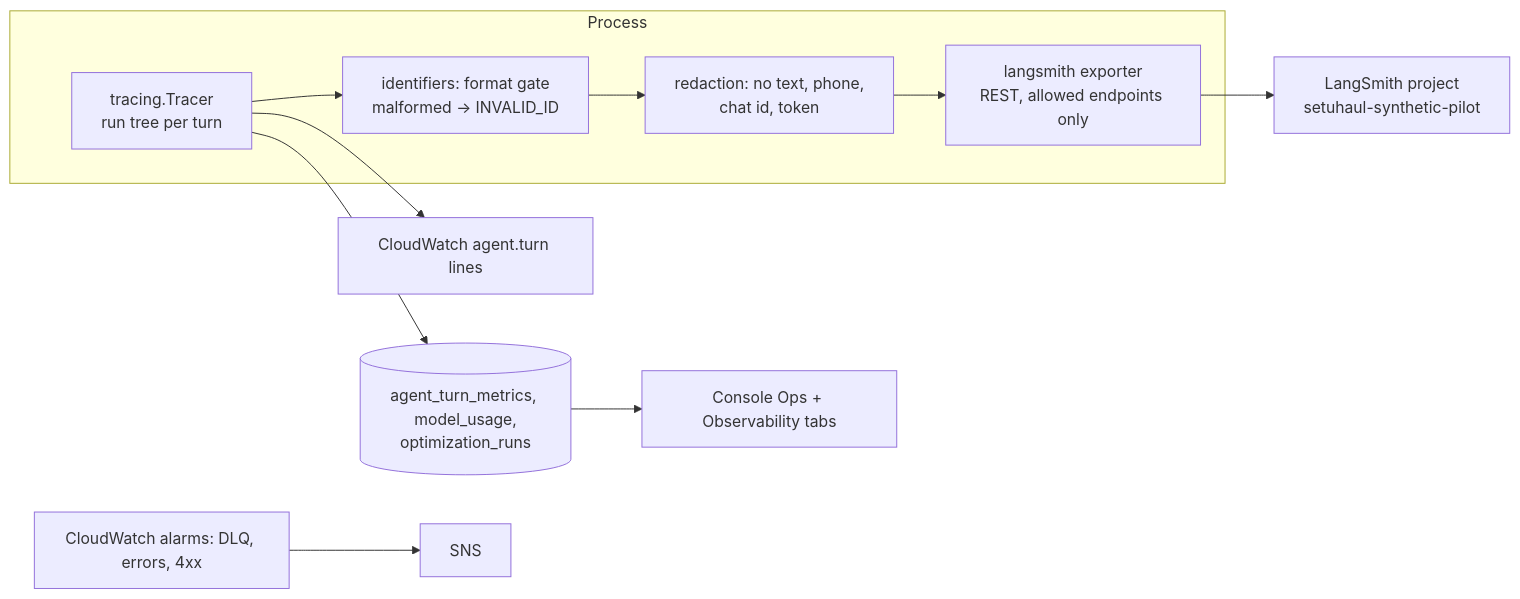
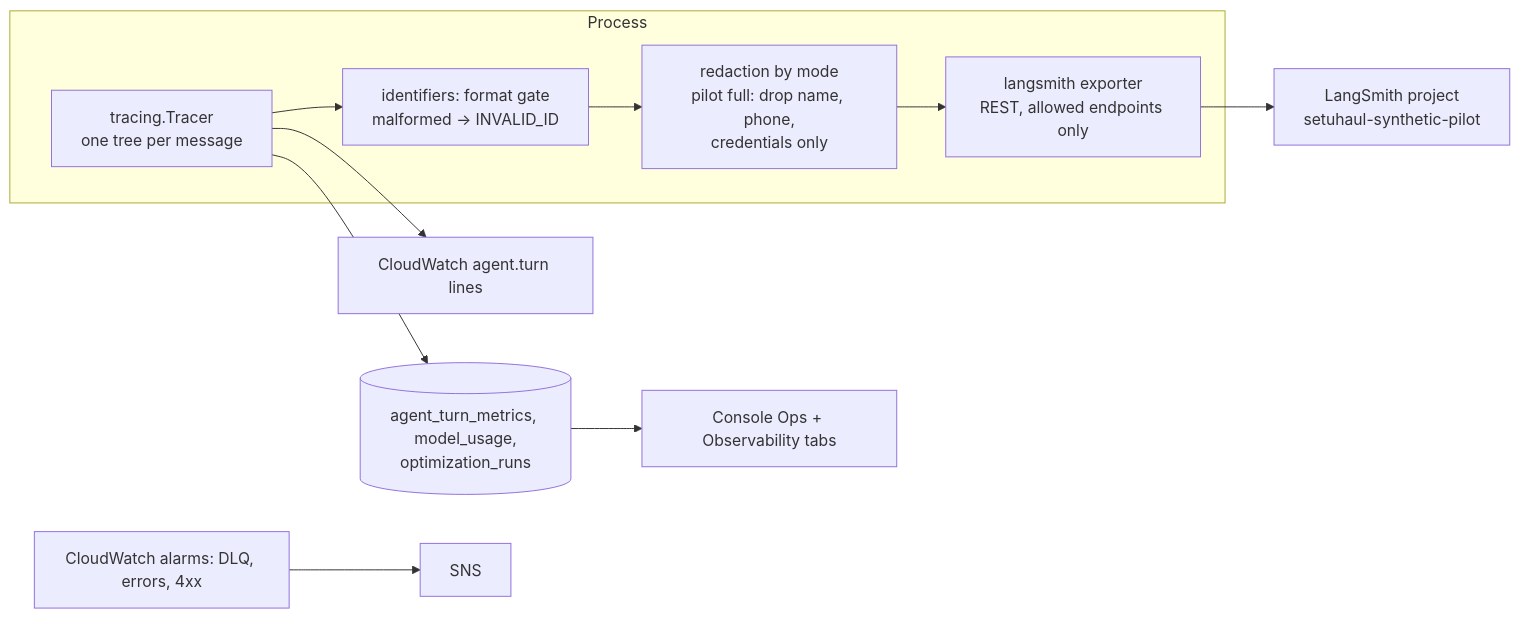
The eighth of 10 diagrams in artifacts/fde-demo/SetuHaul_FDE_Technical_Appendix.md (amolam/setuhaul-logistics), drawn with Mermaid before and after one commit. The commit also changed other lines of this file and 12 other files, not shown here.

````diff
--- a/artifacts/fde-demo/SetuHaul_FDE_Technical_Appendix.md
+++ b/artifacts/fde-demo/SetuHaul_FDE_Technical_Appendix.md
@@ -393,12 +401,12 @@
 ```mermaid
 flowchart LR
   subgraph Process
-    TR[tracing.Tracer<br/>run tree per turn] --> ID[identifiers: format gate<br/>malformed → INVALID_ID]
-    ID --> RD[redaction: no text, phone,<br/>chat id, token]
+    TR[tracing.Tracer<br/>one tree per message] --> ID[identifiers: format gate<br/>malformed → INVALID_ID]
+    ID --> RD[redaction by mode<br/>pilot full: drop name, phone,<br/>credentials only]
     RD --> EX[langsmith exporter<br/>REST, allowed endpoints only]
   end
   EX --> LS[LangSmith project<br/>setuhaul-synthetic-pilot]
   TR --> CWL[CloudWatch agent.turn lines]
   TR --> MET[(agent_turn_metrics, model_usage,<br/>optimization_runs)] --> CON[Console Ops + Observability tabs]
   CWA[CloudWatch alarms: DLQ, errors, 4xx] --> SNS[SNS]
 ```
````
